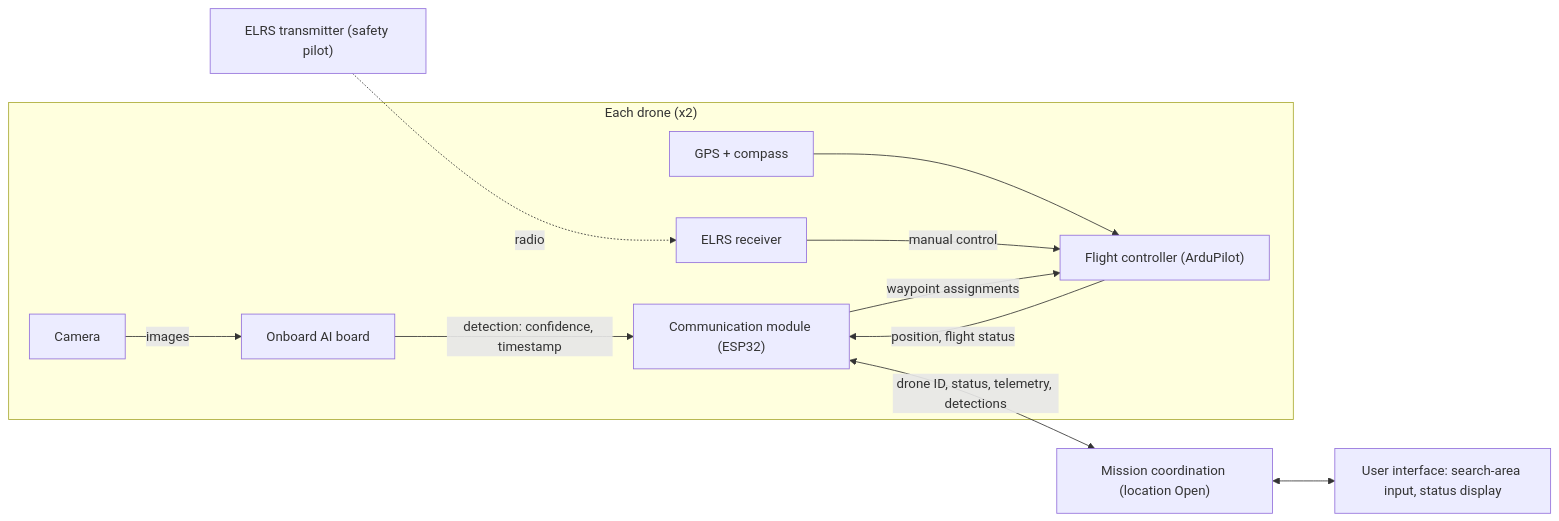
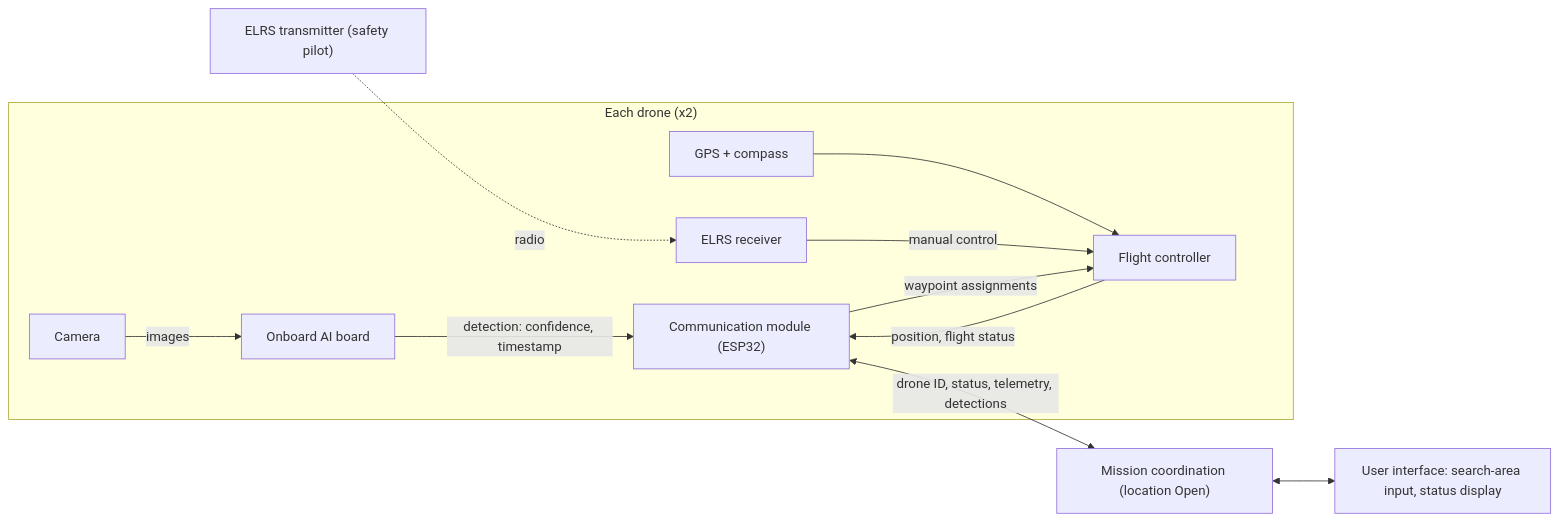
Before and after one commit to 20chino05/SAFE-Swarm: the diagram in Docs/architecture.md, drawn with Mermaid. The commit also changed other lines of this file and 3 other files, not shown here.

````diff
--- a/Docs/architecture.md
+++ b/Docs/architecture.md
@@ -50,14 +59,14 @@
 ```mermaid
 flowchart LR
     subgraph D["Each drone (x2)"]
         CAM["Camera"] -->|images| AI["Onboard AI board"]
-        GPS["GPS + compass"] --> FC["Flight controller (ArduPilot)"]
+        GPS["GPS + compass"] --> FC["Flight controller"]
         RX["ELRS receiver"] -->|manual control| FC
         AI -->|"detection: confidence, timestamp"| COM["Communication module (ESP32)"]
         FC -->|"position, flight status"| COM
         COM -->|waypoint assignments| FC
     end
     COM <-->|"drone ID, status, telemetry, detections"| MC["Mission coordination (location Open)"]
     MC <--> UI["User interface: search-area input, status display"]
     TX["ELRS transmitter (safety pilot)"] -.->|radio| RX
 ```
````
